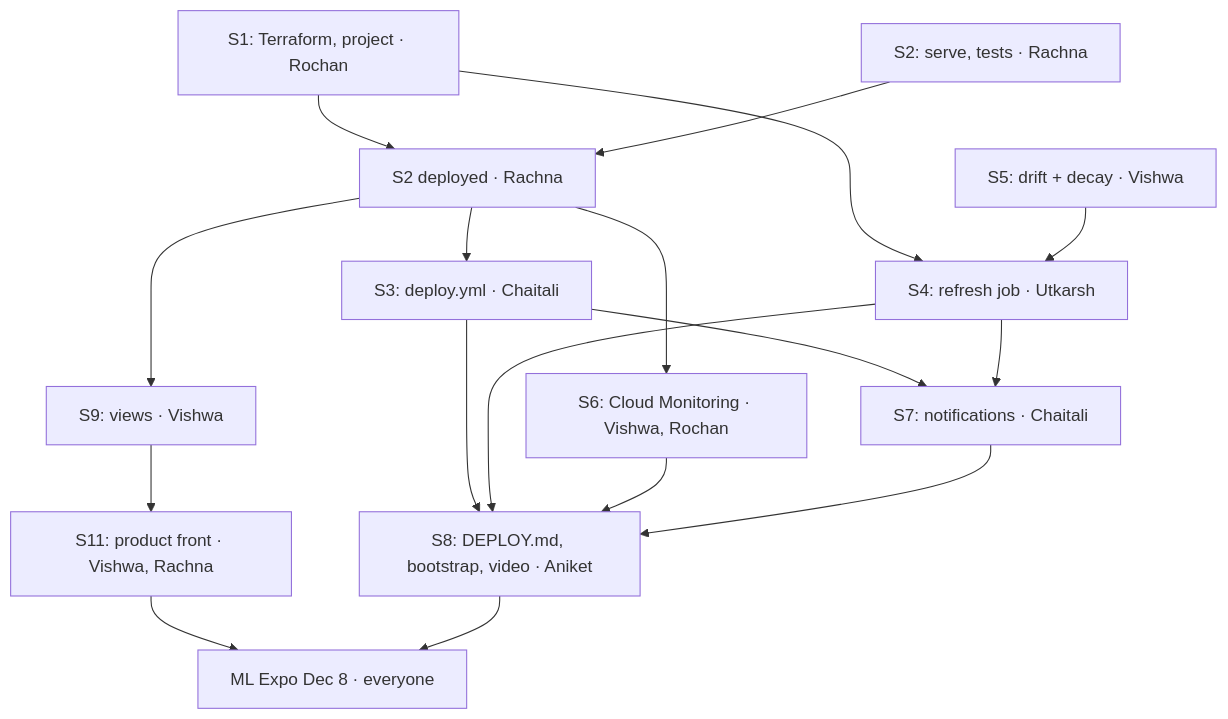
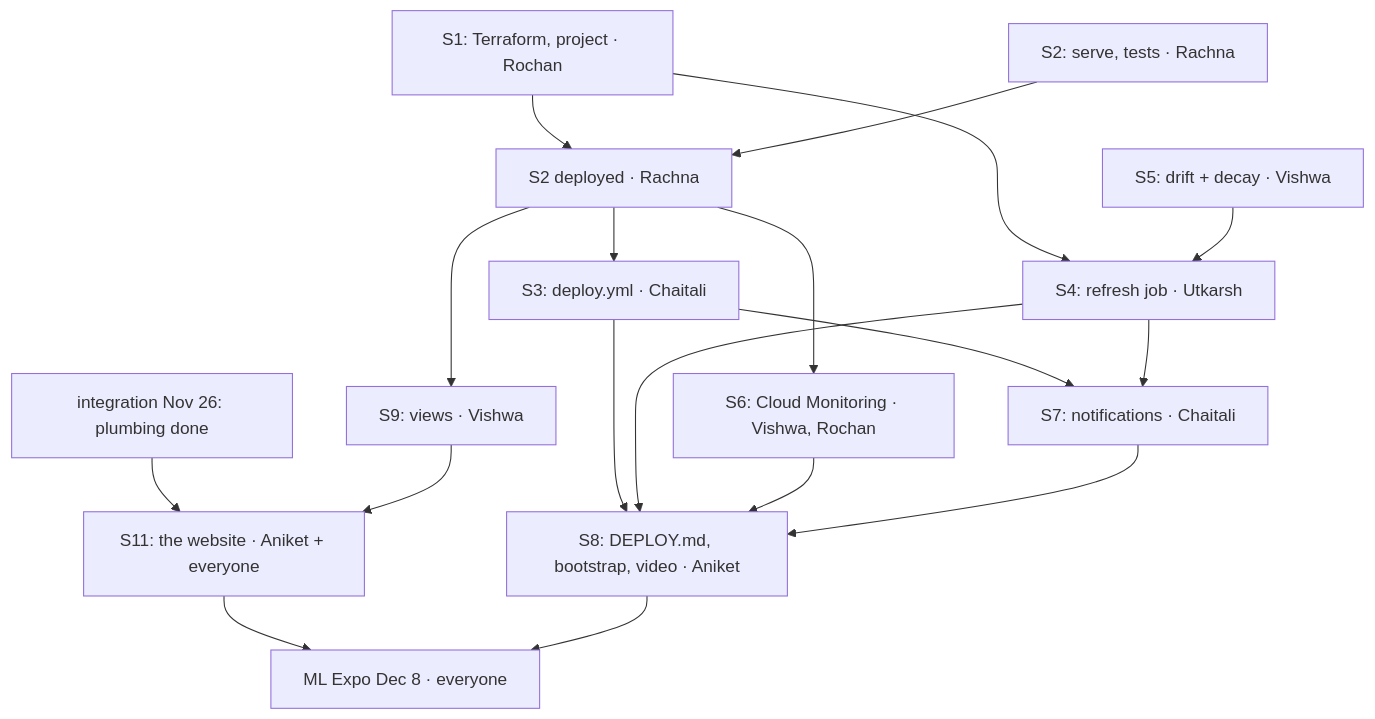
Before and after one commit to Itsme-aniketghosh/Meridian: the second of 2 diagrams in Model-Deployment/PLAN.md, drawn with Mermaid. The commit also changed other lines of this file and 6 other files, not shown here.

Commit message:
Plumbing first, then the front: integration Nov 26 ends the plumbing; the front sprint Nov 27 - Dec 1, Aniket leads and builds the website, everyone brings ideas and builds the piece that touches their part

````diff
--- a/Model-Deployment/PLAN.md
+++ b/Model-Deployment/PLAN.md
@@ -127,19 +127,20 @@
 ```mermaid
 flowchart TD
   S1["S1: Terraform, project · Rochan"] --> S2d["S2 deployed · Rachna"]
   S2["S2: serve, tests · Rachna"] --> S2d
   S2d --> S3["S3: deploy.yml · Chaitali"]
   S1 --> S4["S4: refresh job · Utkarsh"]
   S5["S5: drift + decay · Vishwa"] --> S4
   S2d --> S6["S6: Cloud Monitoring · Vishwa, Rochan"]
   S3 --> S7["S7: notifications · Chaitali"]
   S4 --> S7
   S3 --> S8["S8: DEPLOY.md, bootstrap, video · Aniket"]
   S4 --> S8
   S6 --> S8
   S7 --> S8
   S2d --> S9["S9: views · Vishwa"]
-  S9 --> S11["S11: product front · Vishwa, Rachna"]
+  INTF["integration Nov 26: plumbing done"] --> S11["S11: the website · Aniket + everyone"]
+  S9 --> S11
   S11 --> EXPO["ML Expo Dec 8 · everyone"]
   S8 --> EXPO
 ```
````
